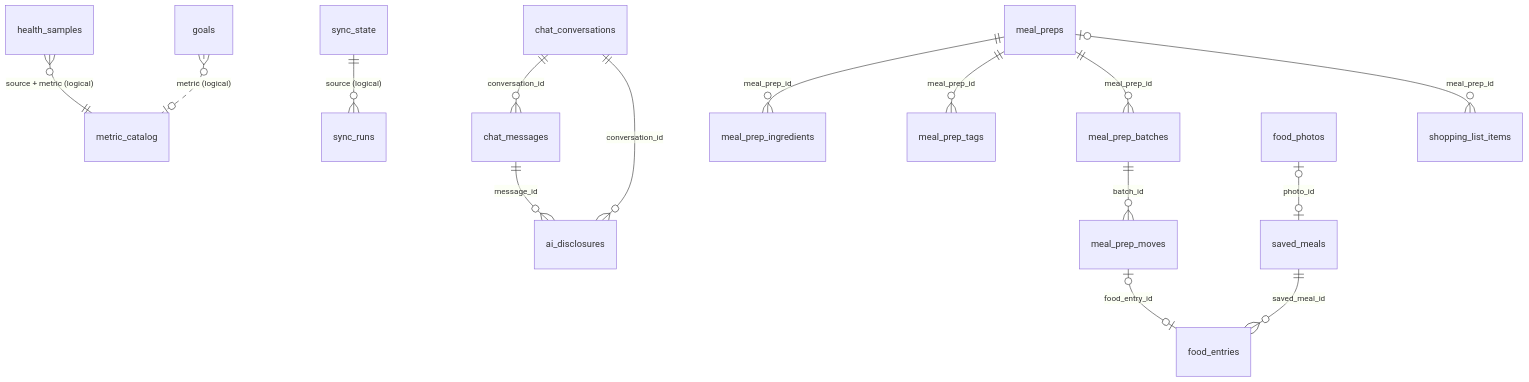
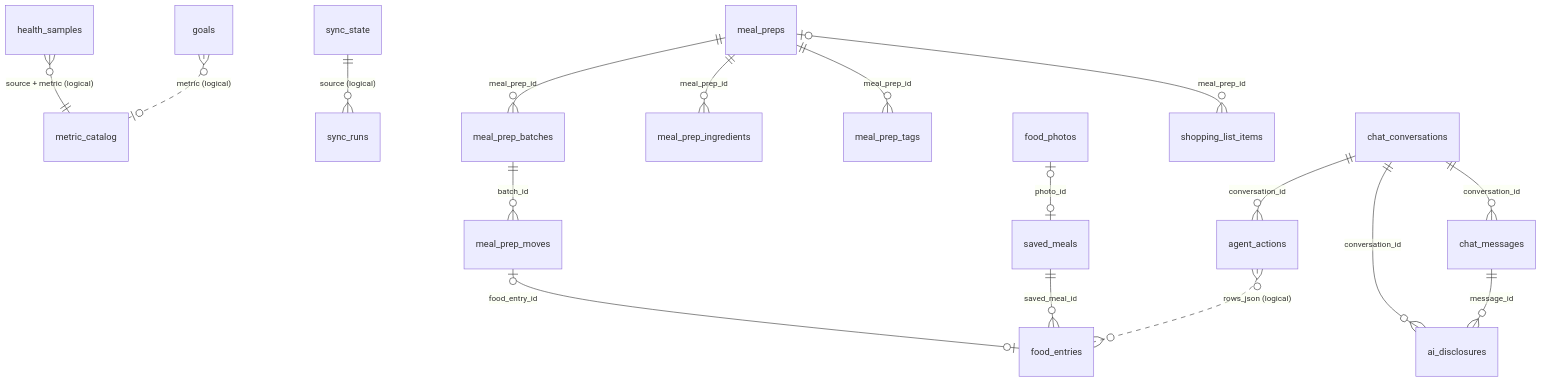
Before and after one commit to alfredoartilesv/even: the diagram in docs/LLD.md, drawn with Mermaid. The commit also changed other lines of this file and 22 other files, not shown here.

First line of the commit message:
Chat agent: confirmed writes through the app's own functions, photos, undo

````diff
--- a/docs/LLD.md
+++ b/docs/LLD.md
@@ -189,17 +193,19 @@
 ```mermaid
 erDiagram
   health_samples }o--|| metric_catalog : "source + metric (logical)"
   sync_state ||--o{ sync_runs : "source (logical)"
   chat_conversations ||--o{ chat_messages : conversation_id
   chat_conversations ||--o{ ai_disclosures : conversation_id
   chat_messages ||--o{ ai_disclosures : message_id
   goals }o..o| metric_catalog : "metric (logical)"
   meal_preps ||--o{ meal_prep_ingredients : meal_prep_id
   meal_preps ||--o{ meal_prep_tags : meal_prep_id
   meal_preps ||--o{ meal_prep_batches : meal_prep_id
   meal_prep_batches ||--o{ meal_prep_moves : batch_id
   meal_prep_moves |o--o| food_entries : food_entry_id
   meal_preps |o--o{ shopping_list_items : meal_prep_id
   saved_meals ||--o{ food_entries : saved_meal_id
   food_photos |o--o| saved_meals : photo_id
+  chat_conversations ||--o{ agent_actions : conversation_id
+  agent_actions }o..o{ food_entries : "rows_json (logical)"
 ```
````
